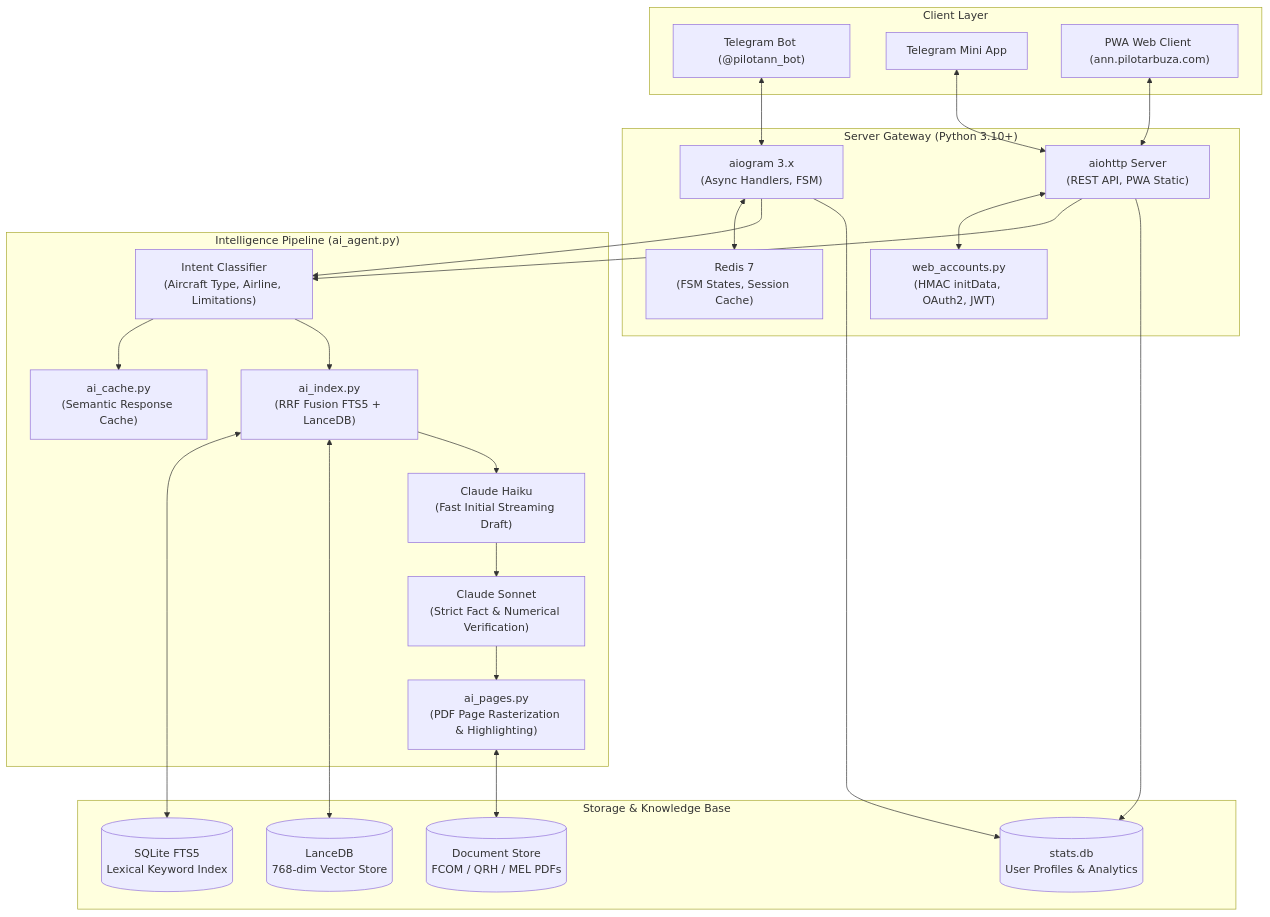
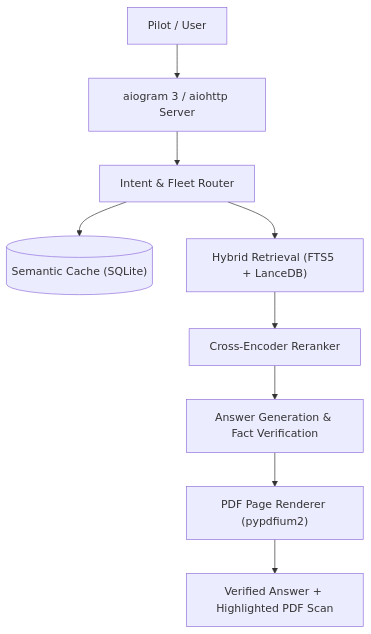
Before and after one commit to pilotarbuza/pilotann: the diagram in README.md, drawn with Mermaid. The commit also changed other lines of this file and 1 other file, not shown here.

````diff
--- a/README.md
+++ b/README.md
@@ -67,70 +32,11 @@
 ```mermaid
 flowchart TD
-    subgraph Frontend["Client Layer"]
-        TG["Telegram Bot (@pilotann_bot)"]
-        MiniApp["Telegram Mini App"]
-        PWA["PWA Web Client (ann.pilotarbuza.com)"]
-    end
-
-    subgraph CoreGateway["Server Gateway (Python 3.10+)"]
-        BotEngine["aiogram 3.x
-(Async Handlers, FSM)"]
-        WebServer["aiohttp Server
-(REST API, PWA Static)"]
-        AuthModule["web_accounts.py
-(HMAC initData, OAuth2, JWT)"]
-        RedisStore["Redis 7
-(FSM States, Session Cache)"]
-    end
-
-    subgraph AIEngine["Intelligence Pipeline (ai_agent.py)"]
-        Router["Intent Classifier
-(Aircraft Type, Airline, Limitations)"]
-        AnswerCache["ai_cache.py
-(Semantic Response Cache)"]
-        HybridSearch["ai_index.py
-(RRF Fusion FTS5 + LanceDB)"]
-        FastModel["Claude Haiku
-(Fast Initial Streaming Draft)"]
-        DeepVerifier["Claude Sonnet
-(Strict Fact & Numerical Verification)"]
-        PDFRender["ai_pages.py
-(PDF Page Rasterization & Highlighting)"]
-    end
-
-    subgraph DataStorages["Storage & Knowledge Base"]
-        SQLiteFTS[("SQLite FTS5
-Lexical Keyword Index")]
-        LanceVector[("LanceDB
-768-dim Vector Store")]
-        MainDB[("stats.db
-User Profiles & Analytics")]
-        DocRepo[("Document Store
-FCOM / QRH / MEL PDFs")]
-    end
-
-    %% Connections
-    TG <--> BotEngine
-    MiniApp <--> WebServer
-    PWA <--> WebServer
-
-    BotEngine <--> RedisStore
-    WebServer <--> AuthModule
-
-    BotEngine --> Router
-    WebServer --> Router
-
-    Router --> AnswerCache
-    Router --> HybridSearch
-
-    HybridSearch <--> SQLiteFTS
-    HybridSearch <--> LanceVector
-
-    HybridSearch --> FastModel
-    FastModel --> DeepVerifier
-    DeepVerifier --> PDFRender
-    PDFRender <--> DocRepo
-
-    BotEngine --> MainDB
-    WebServer --> MainDB
+    User["Pilot / User"] --> Gateway["aiogram 3 / aiohttp Server"]
+    Gateway --> Router["Intent & Fleet Router"]
+    Router --> Cache[("Semantic Cache (SQLite)")]
+    Router --> Search["Hybrid Retrieval (FTS5 + LanceDB)"]
+    Search --> Reranker["Cross-Encoder Reranker"]
+    Reranker --> Verify["Answer Generation & Fact Verification"]
+    Verify --> Pages["PDF Page Renderer (pypdfium2)"]
+    Pages --> Output["Verified Answer + Highlighted PDF Scan"]
 ```
````
